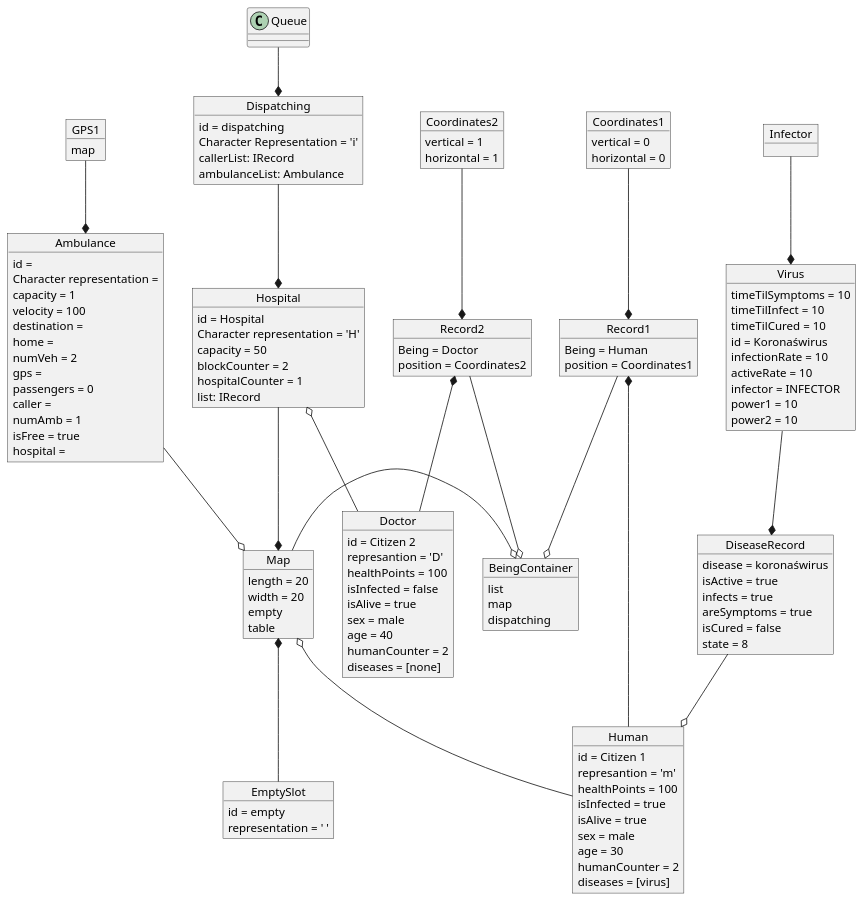
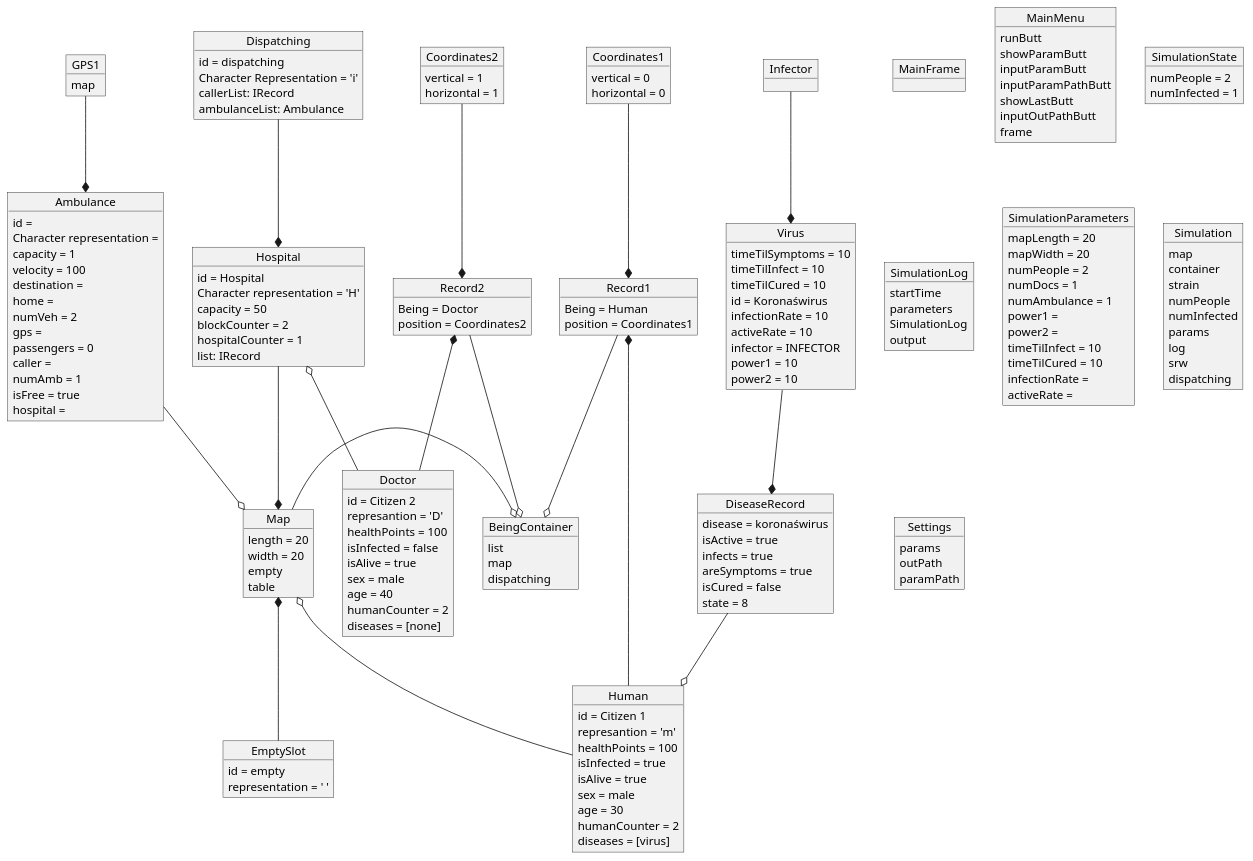
One commit to karolWazny/plague-repo changed the diagram in dokumentacja/Object_diagram/Object_diagram.plantuml. Above: the diagram before and after it, drawn with PlantUML.

```diff
--- a/dokumentacja/Object_diagram/Object_diagram.plantuml
+++ b/dokumentacja/Object_diagram/Object_diagram.plantuml
@@ -141,8 +141,64 @@
 
 
 
+object MainFrame{
 
- 
+}
+object MainMenu{
+    runButt
+    showParamButt
+    inputParamButt
+    inputParamPathButt
+    showLastButt
+    inputOutPathButt
+    frame 
+}
+
+
+
+
+
+object SimulationState{
+    numPeople = 2
+    numInfected = 1
+}
+object SimulationLog{
+    startTime
+    parameters
+    SimulationLog
+    output
+}
+object SimulationParameters{
+    mapLength = 20
+    mapWidth = 20
+    numPeople = 2
+    numDocs = 1
+    numAmbulance = 1
+    power1 = 
+    power2 = 
+    timeTilInfect = 10
+    timeTilCured = 10
+    infectionRate = 
+    activeRate = 
+}
+object Simulation{
+    map
+    container 
+    strain 
+    numPeople 
+    numInfected 
+    params 
+    log 
+    srw 
+    dispatching 
+}
+object Settings{
+    params 
+    outPath
+    paramPath 
+}
+
+
 
 
 
@@ -170,7 +226,6 @@
 Infector --* Virus
 Dispatching --* Hospital
 
-Queue --* Dispatching
 
 Virus --* DiseaseRecord
 DiseaseRecord --o Human
```
